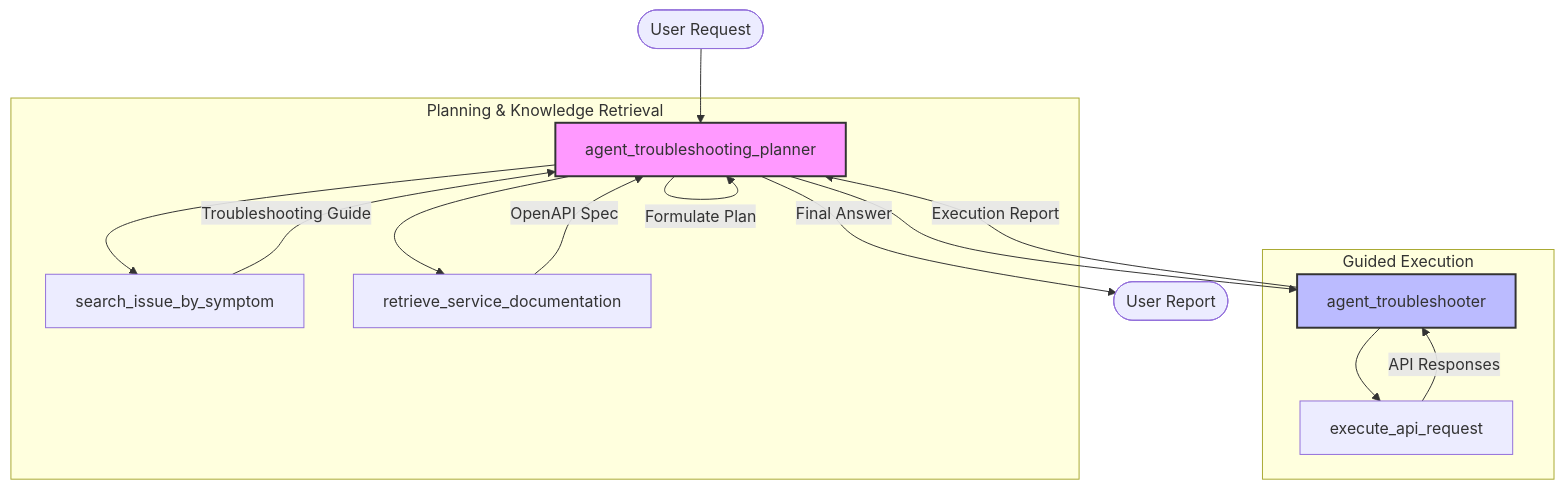
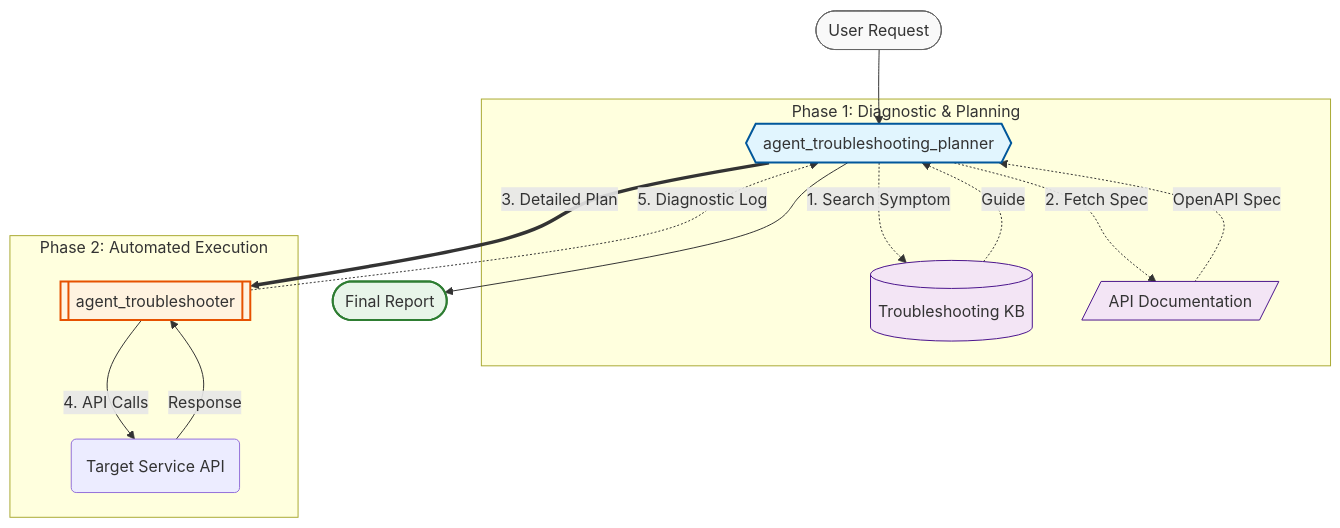
One commit to ningxia202109/google-adk-sample changed the diagram in src/agent_pd_troubleshooting/README.md. Above: the diagram before and after it, drawn with Mermaid.

Commit message:
update diagram

````diff
--- a/src/agent_pd_troubleshooting/README.md
+++ b/src/agent_pd_troubleshooting/README.md
@@ -10,25 +10,39 @@
 ```mermaid
-graph TD
-    User([User Request]) --> Planner[agent_troubleshooting_planner]
-    
-    subgraph "Planning & Knowledge Retrieval"
-    Planner --> KB[search_issue_by_symptom]
-    KB --> |Troubleshooting Guide| Planner
-    Planner --> Doc[retrieve_service_documentation]
-    Doc --> |OpenAPI Spec| Planner
-    Planner --> |Formulate Plan| Planner
+graph TB
+    %% Nodes
+    User([User Request])
+    Planner{{agent_troubleshooting_planner}}
+    Executor[[agent_troubleshooter]]
+    Final([Final Report])
+
+    %% Planner Flow
+    subgraph "Phase 1: Diagnostic & Planning"
+        KB[(Troubleshooting KB)]
+        Doc[/API Documentation/]
+        Planner -.-> |1. Search Symptom| KB
+        KB -.-> |Guide| Planner
+        Planner -.-> |2. Fetch Spec| Doc
+        Doc -.-> |OpenAPI Spec| Planner
     end
-    
-    Planner --> Executor[agent_troubleshooter]
-    
-    subgraph "Guided Execution"
-    Executor --> API[execute_api_request]
-    API --> |API Responses| Executor
-    Executor --> |Execution Report| Planner
+
+    %% Execution Flow
+    subgraph "Phase 2: Automated Execution"
+        API(Target Service API)
+        Planner ==> |3. Detailed Plan| Executor
+        Executor --> |4. API Calls| API
+        API --> |Response| Executor
+        Executor -.-> |5. Diagnostic Log| Planner
     end
-    
-    Planner --> |Final Answer| Final([User Report])
 
-    style Planner fill:#f9f,stroke:#333,stroke-width:2px
-    style Executor fill:#bbf,stroke:#333,stroke-width:2px
+    %% Final Output
+    User --> Planner
+    Planner --> Final
+
+    %% Styling
+    style User fill:#f9f9f9,stroke:#666
+    style Planner fill:#e1f5fe,stroke:#01579b,stroke-width:2px
+    style Executor fill:#fff3e0,stroke:#e65100,stroke-width:2px
+    style Final fill:#e8f5e9,stroke:#2e7d32,stroke-width:2px
+    style KB fill:#f3e5f5,stroke:#4a148c
+    style Doc fill:#f3e5f5,stroke:#4a148c
 ```
````
